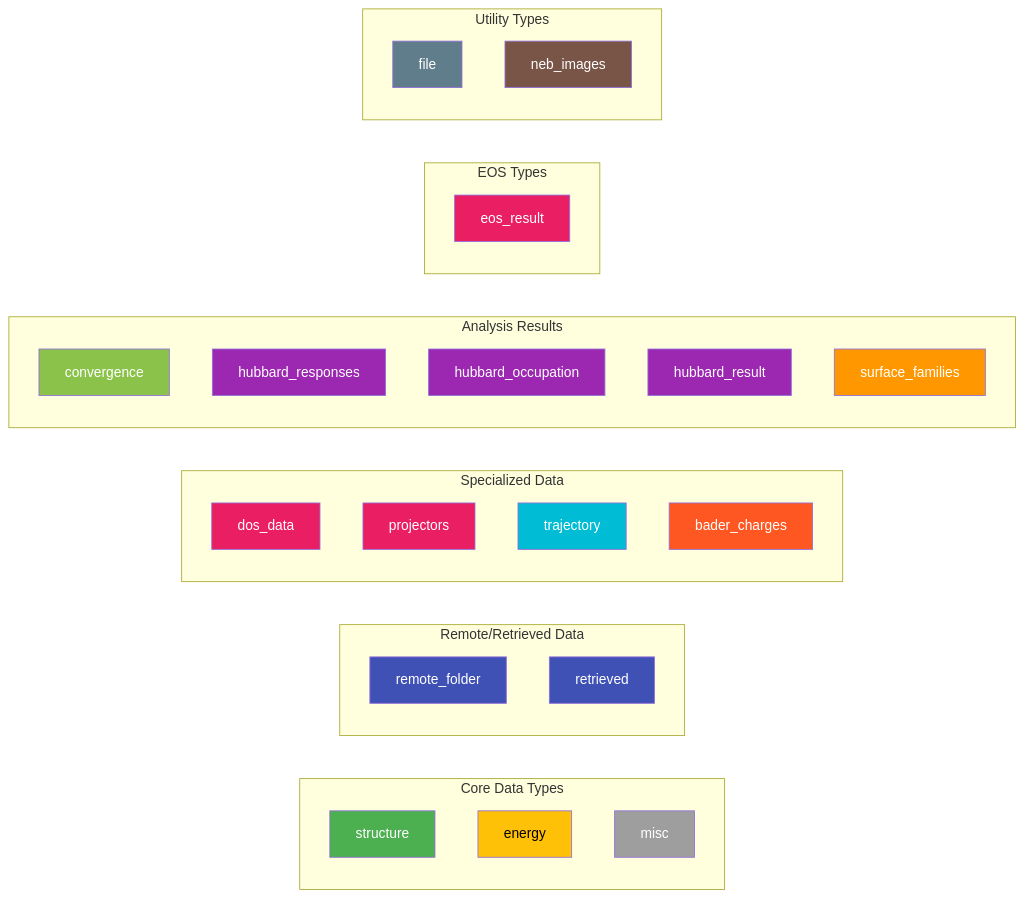
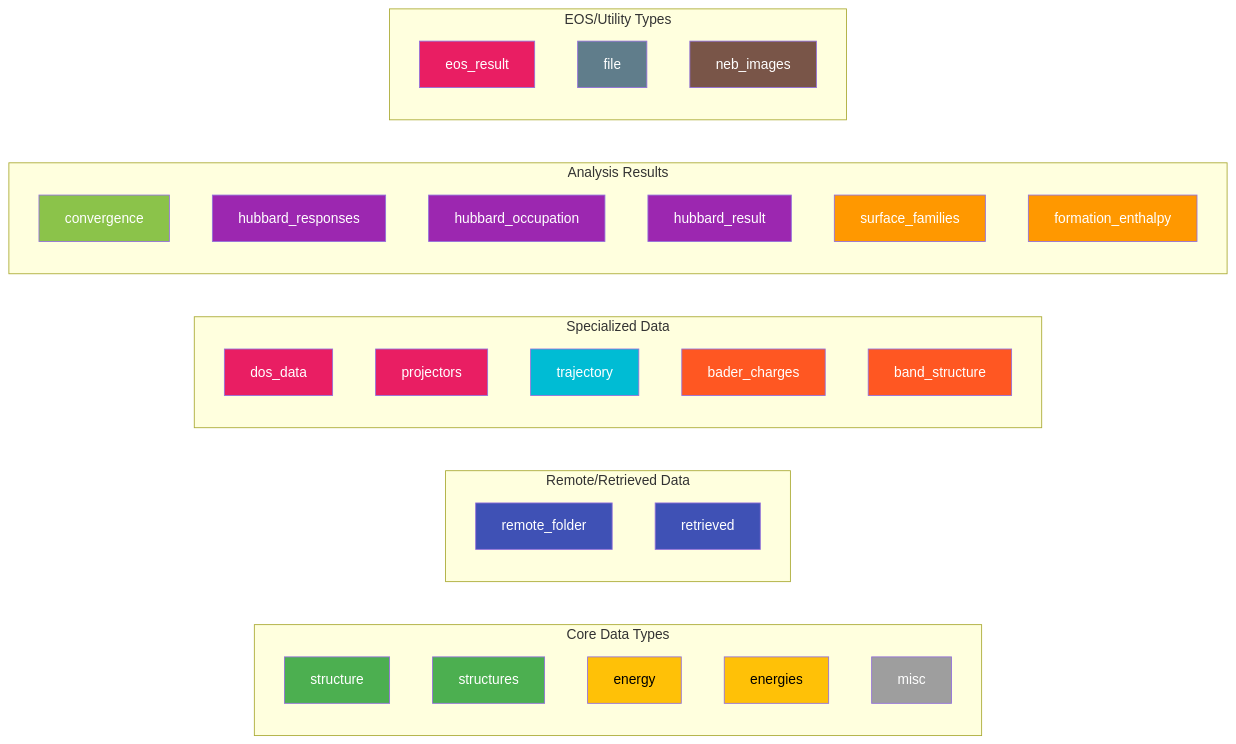
One commit to DoriniTT/quantum-lego changed the second of 14 diagrams in docs/BRICK_CONNECTIONS.md. Above: the diagram before and after it, drawn with Mermaid. The commit also changed other lines of this file and 3 other files, not shown here.

````diff
--- a/docs/BRICK_CONNECTIONS.md
+++ b/docs/BRICK_CONNECTIONS.md
@@ -79,55 +104,60 @@
 ```mermaid
 graph LR
     subgraph "Core Data Types"
         S[structure]
+        SS[structures]
         E[energy]
+        EE[energies]
         M[misc]
     end
 
     subgraph "Remote/Retrieved Data"
         RF[remote_folder]
         RET[retrieved]
     end
 
     subgraph "Specialized Data"
         DOS[dos_data]
         PROJ[projectors]
         TRAJ[trajectory]
         BC[bader_charges]
+        BS[band_structure]
     end
 
     subgraph "Analysis Results"
         CONV[convergence]
         HR[hubbard_responses]
         HO[hubbard_occupation]
         HRES[hubbard_result]
         SF[surface_families]
+        FE[formation_enthalpy]
     end
 
-    subgraph "EOS Types"
+    subgraph "EOS/Utility Types"
         EOS_R[eos_result]
-    end
-
-    subgraph "Utility Types"
         FILE[file]
         NEB_I[neb_images]
     end
 
     style S fill:#4CAF50,color:#fff
+    style SS fill:#4CAF50,color:#fff
     style E fill:#FFC107,color:#000
+    style EE fill:#FFC107,color:#000
     style M fill:#9E9E9E,color:#fff
     style RF fill:#3F51B5,color:#fff
     style RET fill:#3F51B5,color:#fff
     style DOS fill:#E91E63,color:#fff
     style PROJ fill:#E91E63,color:#fff
     style TRAJ fill:#00BCD4,color:#fff
     style BC fill:#FF5722,color:#fff
+    style BS fill:#FF5722,color:#fff
     style CONV fill:#8BC34A,color:#fff
     style HR fill:#9C27B0,color:#fff
     style HO fill:#9C27B0,color:#fff
     style HRES fill:#9C27B0,color:#fff
     style SF fill:#FF9800,color:#fff
+    style FE fill:#FF9800,color:#fff
     style FILE fill:#607D8B,color:#fff
     style NEB_I fill:#795548,color:#fff
     style EOS_R fill:#E91E63,color:#fff
 ```
````
